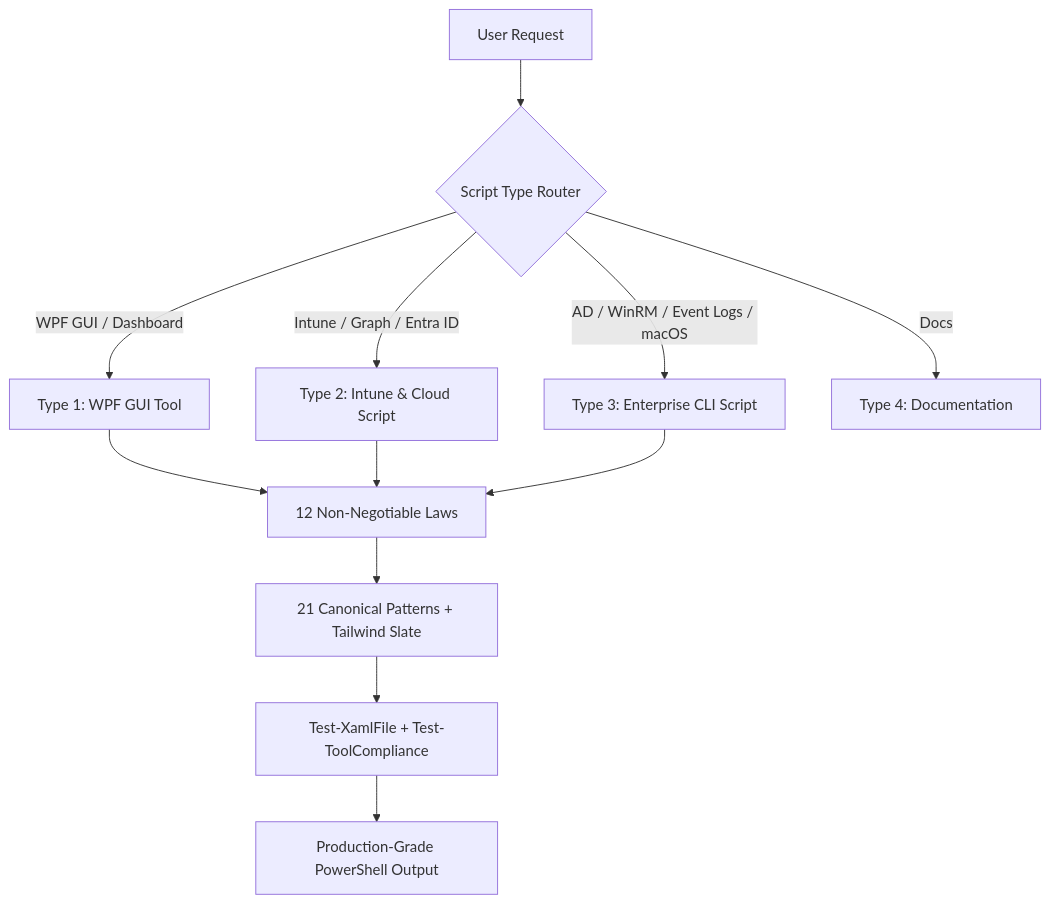
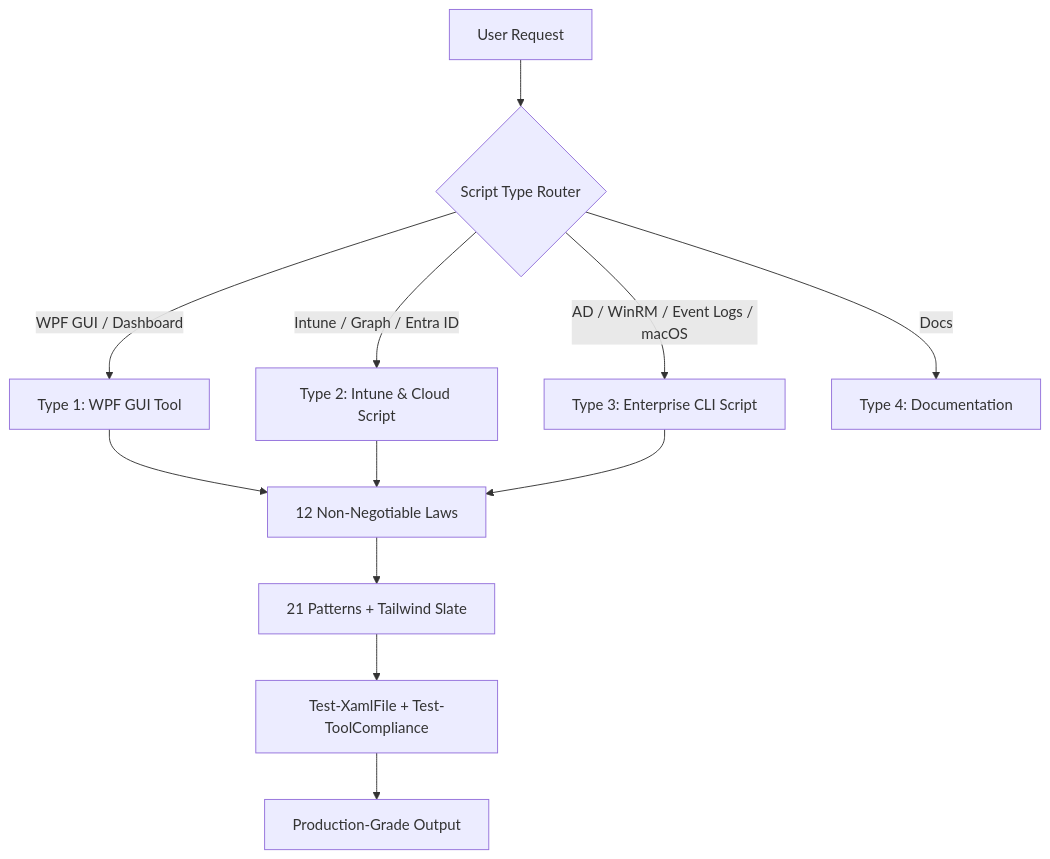
Before and after one commit to mabdulkadr/powershell-enterprise-admin-skill: the diagram in README.md, drawn with Mermaid. The commit also changed other lines of this file and 9 other files, not shown here.

````diff
--- a/README.md
+++ b/README.md
@@ -40,17 +139,14 @@
 ```mermaid
 graph TD
     UserRequest[User Request] --> Router{Script Type Router}
-
     Router -->|WPF GUI / Dashboard| Type1[Type 1: WPF GUI Tool]
     Router -->|Intune / Graph / Entra ID| Type2[Type 2: Intune & Cloud Script]
     Router -->|AD / WinRM / Event Logs / macOS| Type3[Type 3: Enterprise CLI Script]
     Router -->|Docs| Type4[Type 4: Documentation]
-
     Type1 --> Laws[12 Non-Negotiable Laws]
     Type2 --> Laws
     Type3 --> Laws
-
-    Laws --> Core[21 Canonical Patterns + Tailwind Slate]
+    Laws --> Core[21 Patterns + Tailwind Slate]
     Core --> Gate[Test-XamlFile + Test-ToolCompliance]
-    Gate --> Output[Production-Grade PowerShell Output]
+    Gate --> Output[Production-Grade Output]
 ```
````
